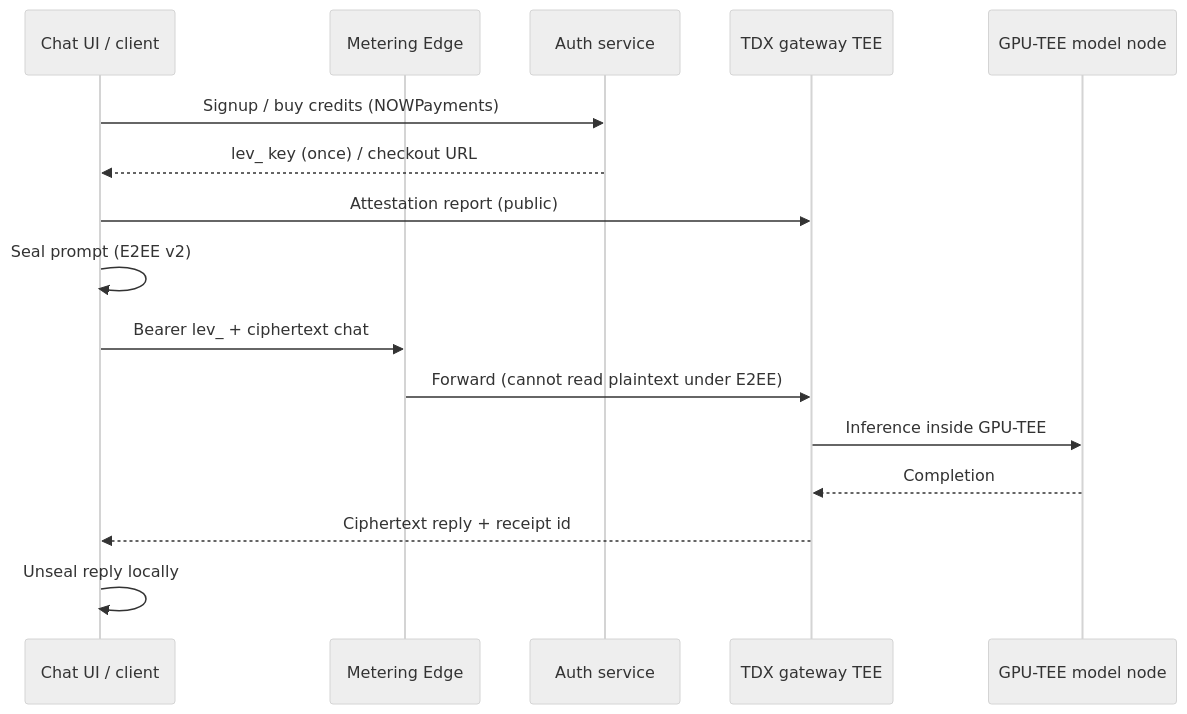
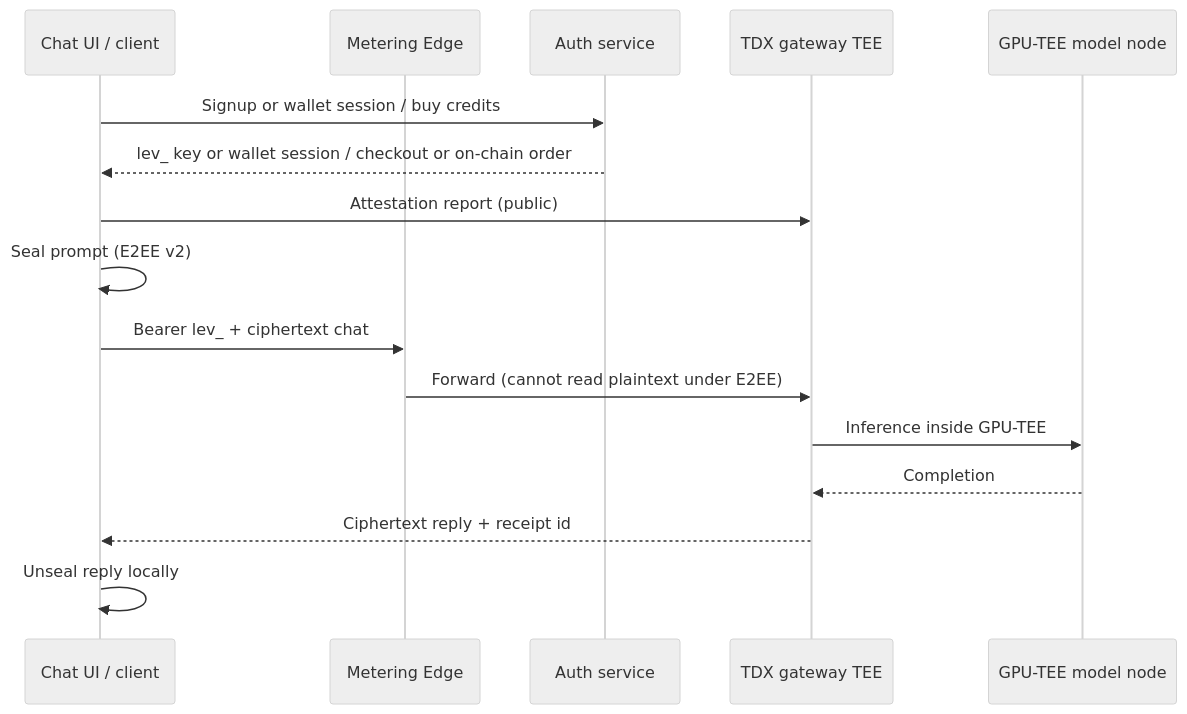
The diagram in confidential-ai/overview.md (argonmining/leviathan-docs), drawn with Mermaid (neutral theme) before and after one commit. The commit also changed other lines of this file and 15 other files, not shown here.

````diff
--- a/confidential-ai/overview.md
+++ b/confidential-ai/overview.md
@@ -29,19 +29,19 @@
 ```mermaid
 sequenceDiagram
   participant UI as Chat UI / client
   participant Edge as Metering Edge
   participant Auth as Auth service
   participant GW as TDX gateway TEE
   participant Model as GPU-TEE model node
 
-  UI->>Auth: Signup / buy credits (NOWPayments)
-  Auth-->>UI: lev_ key (once) / checkout URL
+  UI->>Auth: Signup or wallet session / buy credits
+  Auth-->>UI: lev_ key or wallet session / checkout or on-chain order
   UI->>GW: Attestation report (public)
   UI->>UI: Seal prompt (E2EE v2)
   UI->>Edge: Bearer lev_ + ciphertext chat
   Edge->>GW: Forward (cannot read plaintext under E2EE)
   GW->>Model: Inference inside GPU-TEE
   Model-->>GW: Completion
   GW-->>UI: Ciphertext reply + receipt id
   UI->>UI: Unseal reply locally
 ```
````
